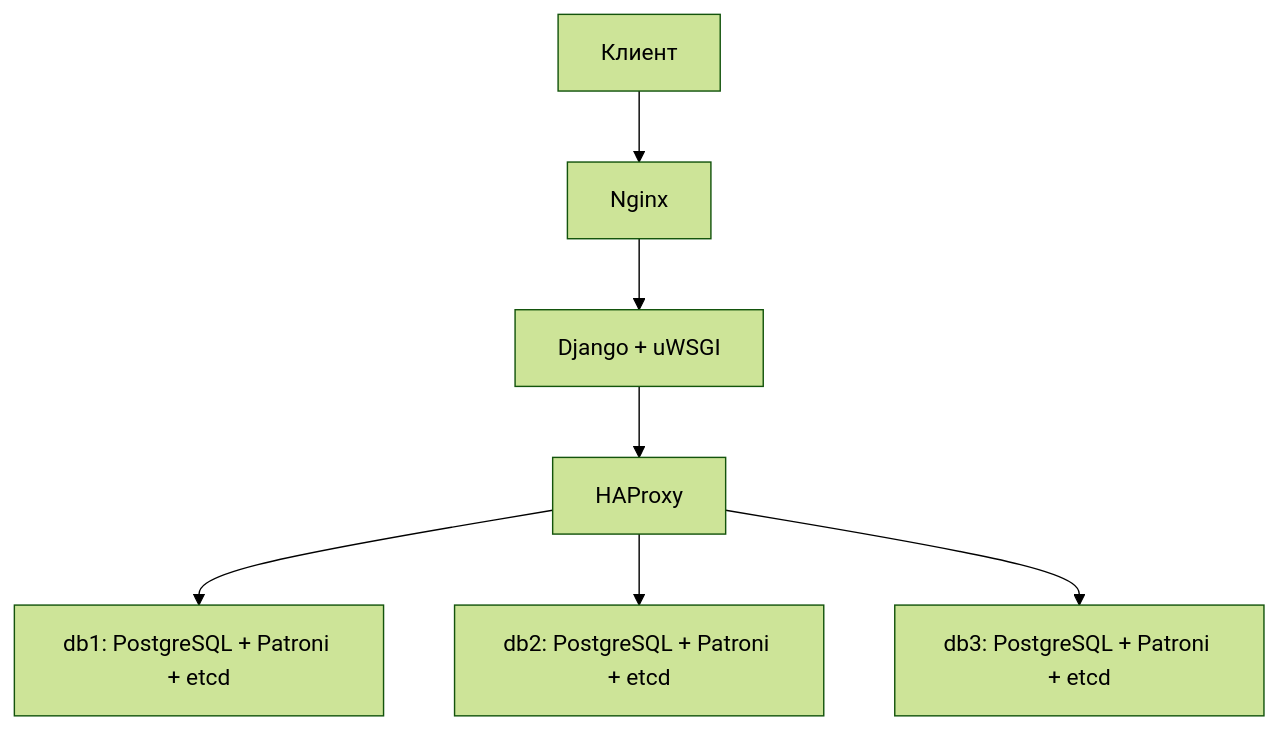
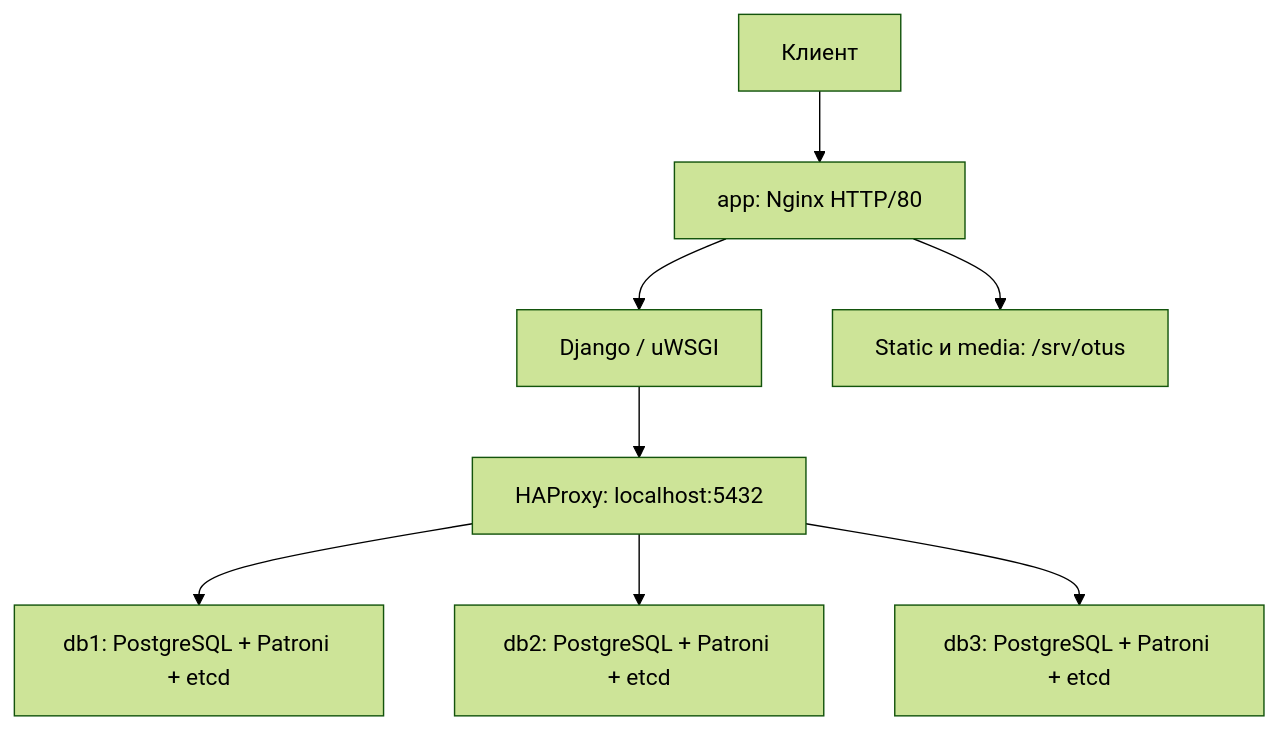
The diagram in README.md (airiga1897/OTUS_DZ06), drawn with Mermaid (forest theme) before and after one commit. The commit also changed other lines of this file and 123 other files, not shown here.

````diff
--- a/README.md
+++ b/README.md
@@ -28,9 +26,10 @@
 ```mermaid
 flowchart TB
-    client[Клиент] --> nginx[Nginx]
-    nginx --> app[Django + uWSGI]
-    app --> proxy[HAProxy]
+    client[Клиент] --> nginx[app: Nginx HTTP/80]
+    nginx --> portal[Django / uWSGI]
+    nginx --> files[Static и media: /srv/otus]
+    portal --> proxy[HAProxy: localhost:5432]
     proxy --> db1[db1: PostgreSQL + Patroni + etcd]
     proxy --> db2[db2: PostgreSQL + Patroni + etcd]
     proxy --> db3[db3: PostgreSQL + Patroni + etcd]
 ```
````
